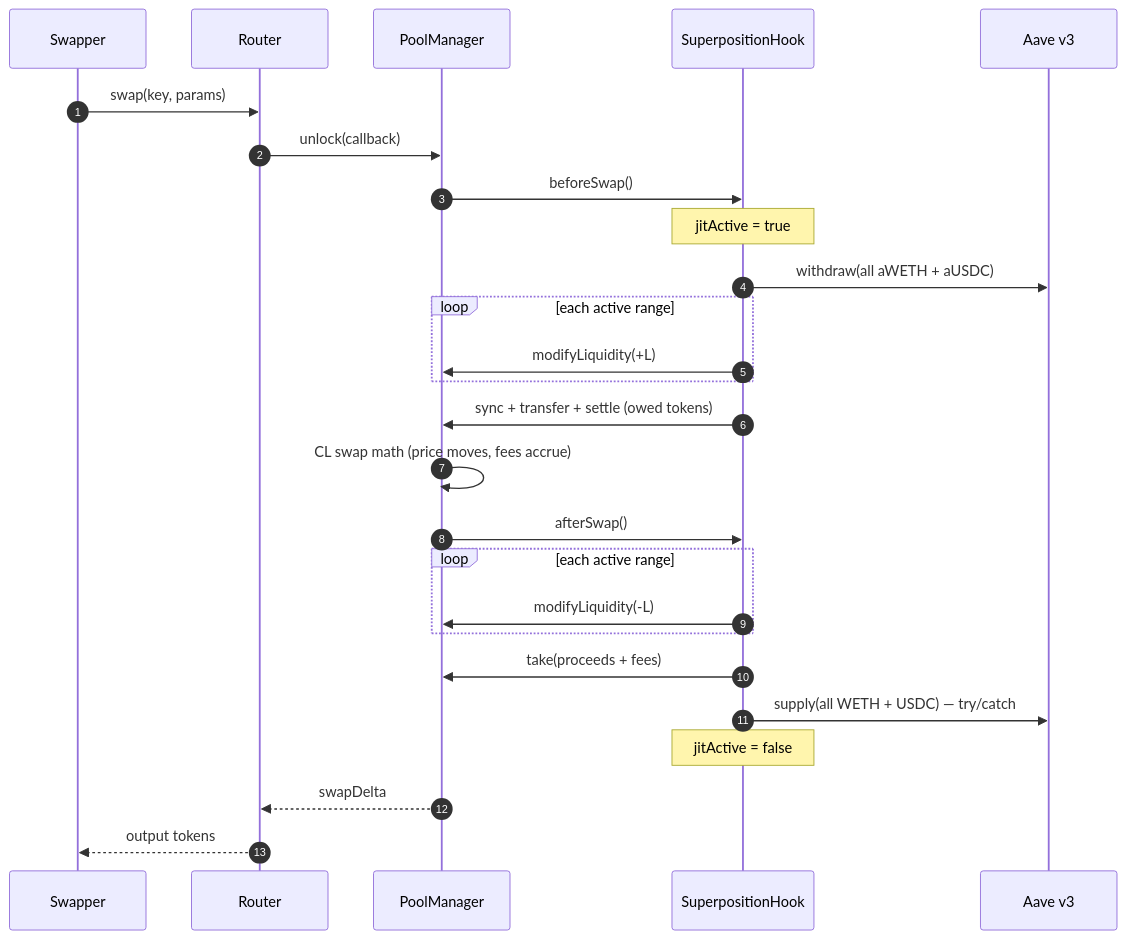
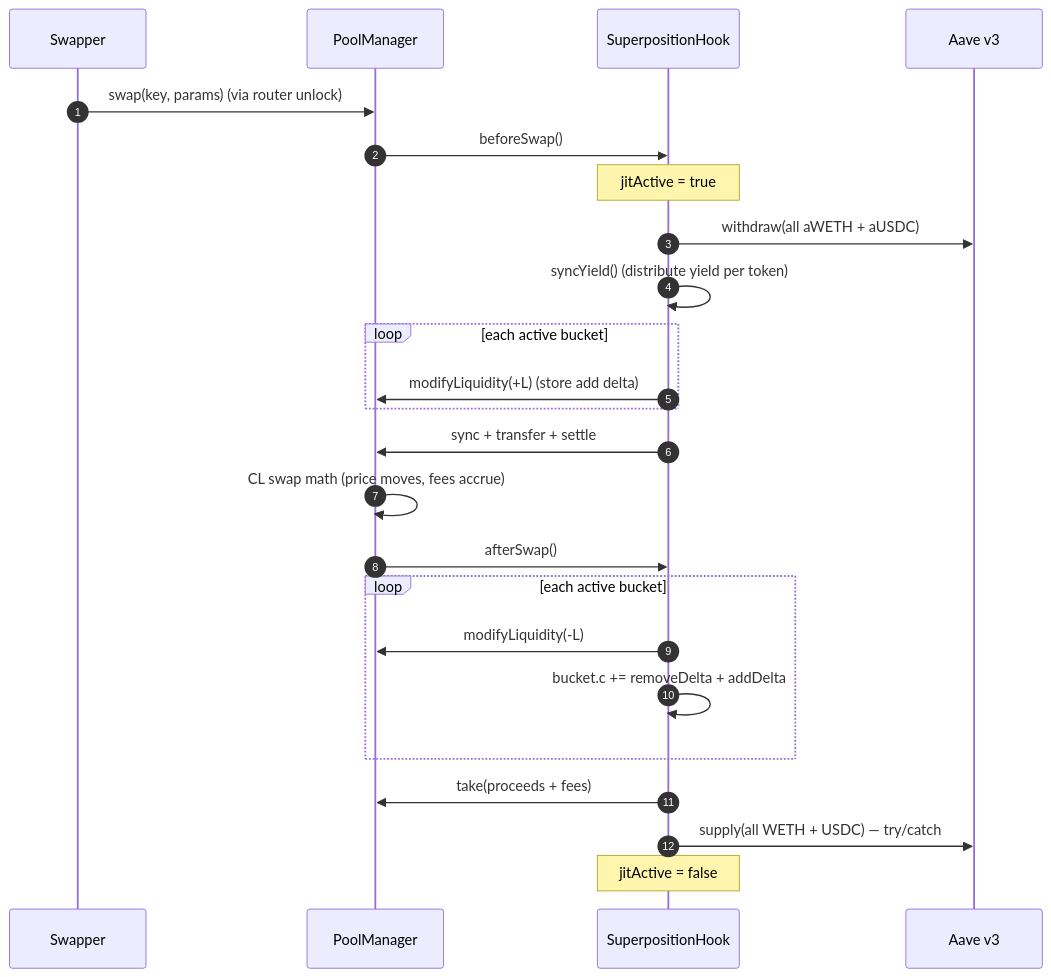
The second of 5 diagrams in README.md (SolidityDrone/superposition-hook-uni-v4), drawn with Mermaid before and after one commit. The commit also changed other lines of this file and 7 other files, not shown here.

First line of the commit message:
refactor!: per-range bucket accounting (one-sided limit orders, no oracle)

````diff
--- a/README.md
+++ b/README.md
@@ -104,29 +97,26 @@
 ```mermaid
 sequenceDiagram
     autonumber
     participant U as Swapper
-    participant R as Router
     participant PM as PoolManager
     participant H as SuperpositionHook
     participant A as Aave v3
-
-    U->>R: swap(key, params)
-    R->>PM: unlock(callback)
+    U->>PM: swap(key, params) (via router unlock)
     PM->>H: beforeSwap()
     Note over H: jitActive = true
     H->>A: withdraw(all aWETH + aUSDC)
-    loop each active range
-        H->>PM: modifyLiquidity(+L)
+    H->>H: syncYield() (distribute yield per token)
+    loop each active bucket
+        H->>PM: modifyLiquidity(+L)  (store add delta)
     end
-    H->>PM: sync + transfer + settle (owed tokens)
+    H->>PM: sync + transfer + settle
     PM->>PM: CL swap math (price moves, fees accrue)
     PM->>H: afterSwap()
-    loop each active range
+    loop each active bucket
         H->>PM: modifyLiquidity(-L)
+        H->>H: bucket.c += removeDelta + addDelta
     end
     H->>PM: take(proceeds + fees)
     H->>A: supply(all WETH + USDC) — try/catch
     Note over H: jitActive = false
-    PM-->>R: swapDelta
-    R-->>U: output tokens
 ```
````
